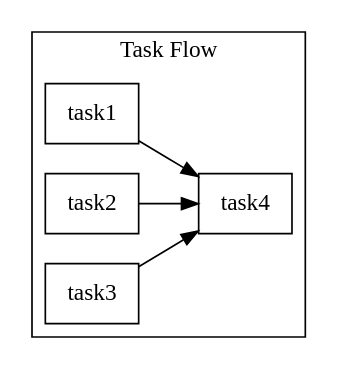
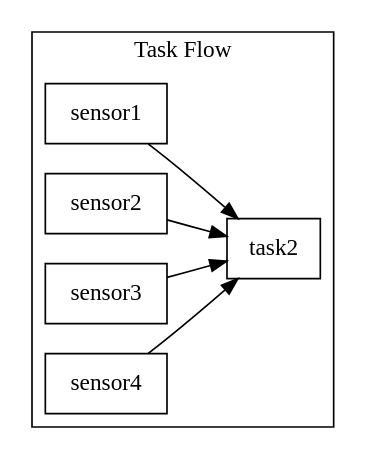
Before and after one commit to kmink3225/website: the second of 2 diagrams in docs/blog/posts/Engineering/airflow/10.sensor.qmd, drawn with Graphviz. The commit also changed other lines of this file and 4 other files, not shown here.

Commit message:
external task  sensor done

````diff
--- a/docs/blog/posts/Engineering/airflow/10.sensor.qmd
+++ b/docs/blog/posts/Engineering/airflow/10.sensor.qmd
@@ -507,19 +506,21 @@
     ```{dot}
     digraph G {
       compound=true;
       rankdir=LR;
       subgraph cluster0 {
         rankdir=TB;
-        task1 [shape=box];
+        sensor1 [shape=box];
+        sensor2 [shape=box];
+        sensor3 [shape=box];
+        sensor4 [shape=box];
         task2 [shape=box];
-        task3 [shape=box];
-        task4 [shape=box];
-        
+
         label= "Task Flow";
       }
     
-      task1 -> task4;
-      task2 -> task4;
-      task3 -> task4; 
+      sensor1 -> task2;
+      sensor2 -> task2;
+      sensor3 -> task2; 
+      sensor4 -> task2; 
     }
     ```
````
